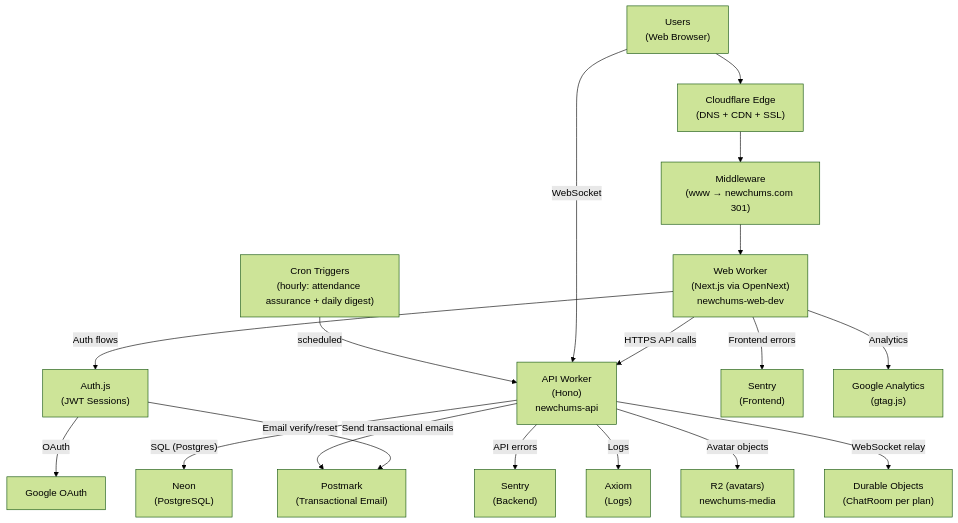
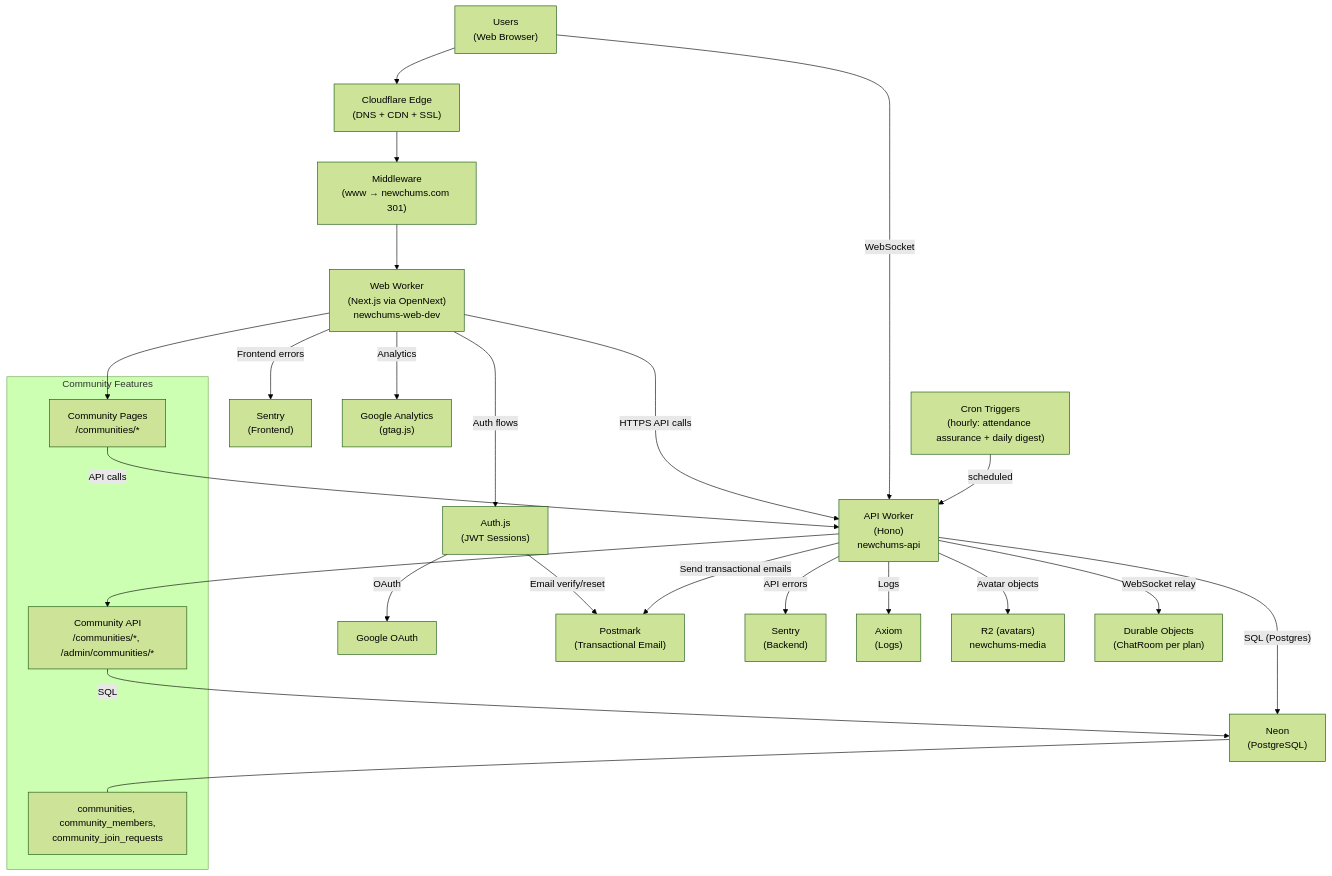
The first of 4 diagrams in docs/System_Map.md (RSS705/newchums), drawn with Mermaid (forest theme) before and after one commit. The commit also changed other lines of this file and 29 other files, not shown here.

````diff
--- a/docs/System_Map.md
+++ b/docs/System_Map.md
@@ -27,24 +27,36 @@
 ```mermaid
 flowchart TB
   U["Users<br/>(Web Browser)"] --> CF["Cloudflare Edge<br/>(DNS + CDN + SSL)"]
   CF --> MW["Middleware<br/>(www → newchums.com 301)"]
   MW --> W["Web Worker<br/>(Next.js via OpenNext)<br/>newchums-web-dev"]
 
   W -->|"HTTPS API calls"| API["API Worker<br/>(Hono)<br/>newchums-api"]
   API -->|"SQL (Postgres)"| DB["Neon<br/>(PostgreSQL)"]
 
   W -->|"Auth flows"| AUTH["Auth.js<br/>(JWT Sessions)"]
   AUTH -->|"OAuth"| GOOGLE["Google OAuth"]
   AUTH -->|"Email verify/reset"| PM["Postmark<br/>(Transactional Email)"]
   API -->|"Send transactional emails"| PM
 
   W -->|"Frontend errors"| SENTRY_FE["Sentry<br/>(Frontend)"]
   API -->|"API errors"| SENTRY_BE["Sentry<br/>(Backend)"]
   API -->|"Logs"| AX["Axiom<br/>(Logs)"]
   W -->|"Analytics"| GA["Google Analytics<br/>(gtag.js)"]
 
   API -->|"Avatar objects"| R2["R2 (avatars)<br/>newchums-media"]
   API -->|"WebSocket relay"| DO["Durable Objects<br/>(ChatRoom per plan)"]
   U -->|"WebSocket"| API
   CRON["Cron Triggers<br/>(hourly: attendance assurance + daily digest)"] -->|"scheduled"| API
+
+  subgraph "Community Features"
+    COMM_PAGES["Community Pages<br/>/communities/*"]
+    COMM_API["Community API<br/>/communities/*, /admin/communities/*"]
+    COMM_TABLES["communities, community_members,<br/>community_join_requests"]
+  end
+
+  W --> COMM_PAGES
+  COMM_PAGES -->|"API calls"| API
+  API --> COMM_API
+  COMM_API -->|"SQL"| DB
+  DB --- COMM_TABLES
 ```
````
